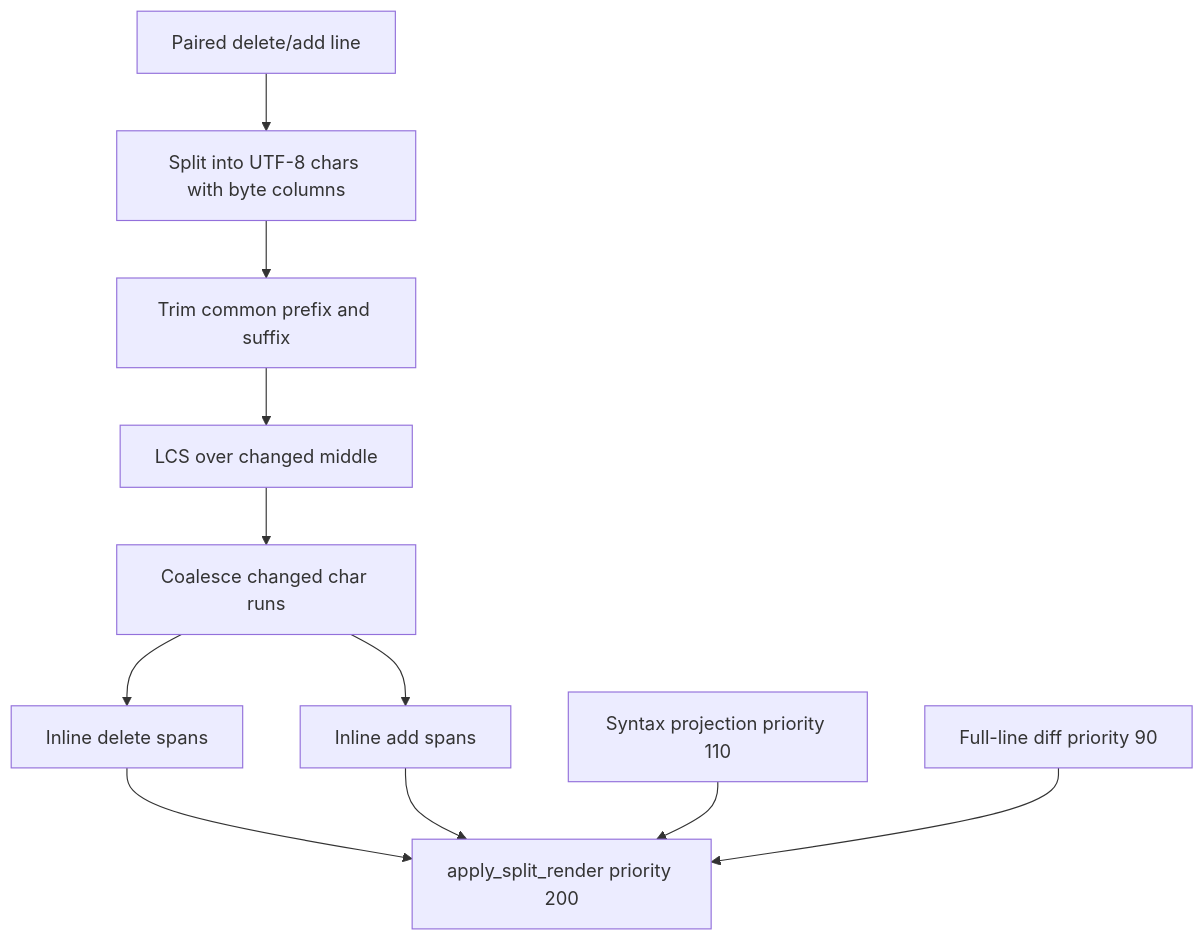
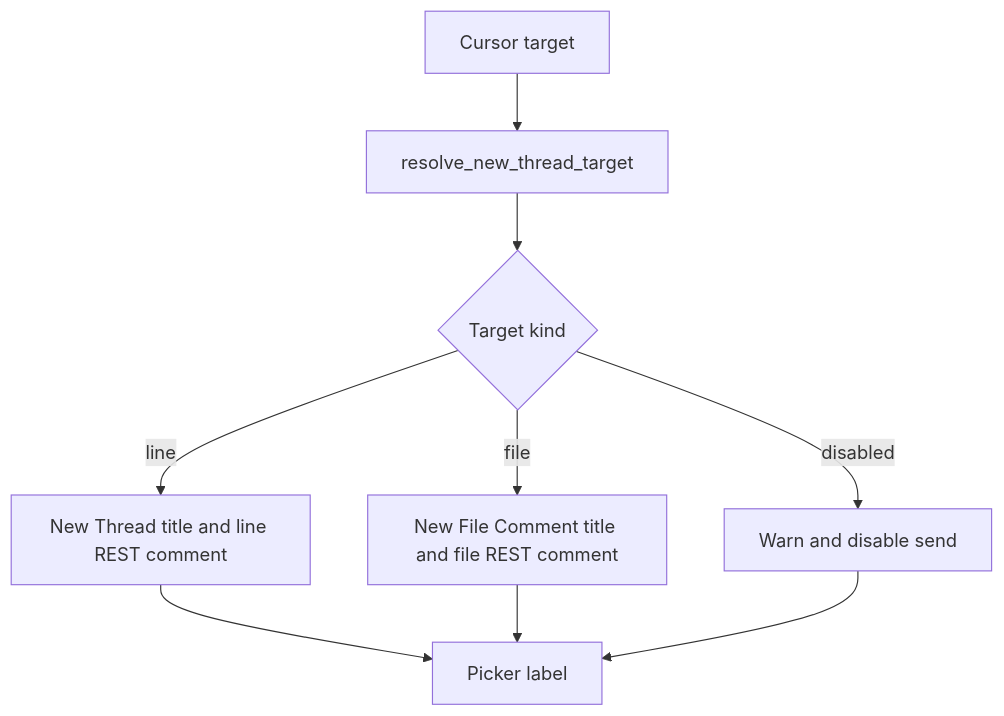
The first of 2 diagrams in ARCHITECTURE_DIFF.md (bajor/nvim-raccoon), drawn with Mermaid before and after one commit. The commit also changed other lines of this file and 4 other files, not shown here.

First line of the commit message:
fix: align split comment targets and inline spans

````diff
--- a/ARCHITECTURE_DIFF.md
+++ b/ARCHITECTURE_DIFF.md
@@ -8,13 +8,11 @@
 ```mermaid
 flowchart TD
-    A[Paired delete/add line] --> B[Split into UTF-8 chars with byte columns]
-    B --> C[Trim common prefix and suffix]
-    C --> D[LCS over changed middle]
-    D --> E[Coalesce changed char runs]
-    E --> F[Inline delete spans]
-    E --> G[Inline add spans]
-    F --> H[apply_split_render priority 200]
-    G --> H
-    I[Syntax projection priority 110] --> H
-    J[Full-line diff priority 90] --> H
+    A[Cursor target] --> B[resolve_new_thread_target]
+    B --> C{Target kind}
+    C -->|line| D[New Thread title and line REST comment]
+    C -->|file| E[New File Comment title and file REST comment]
+    C -->|disabled| F[Warn and disable send]
+    D --> G[Picker label]
+    E --> G
+    F --> G
 ```
````
